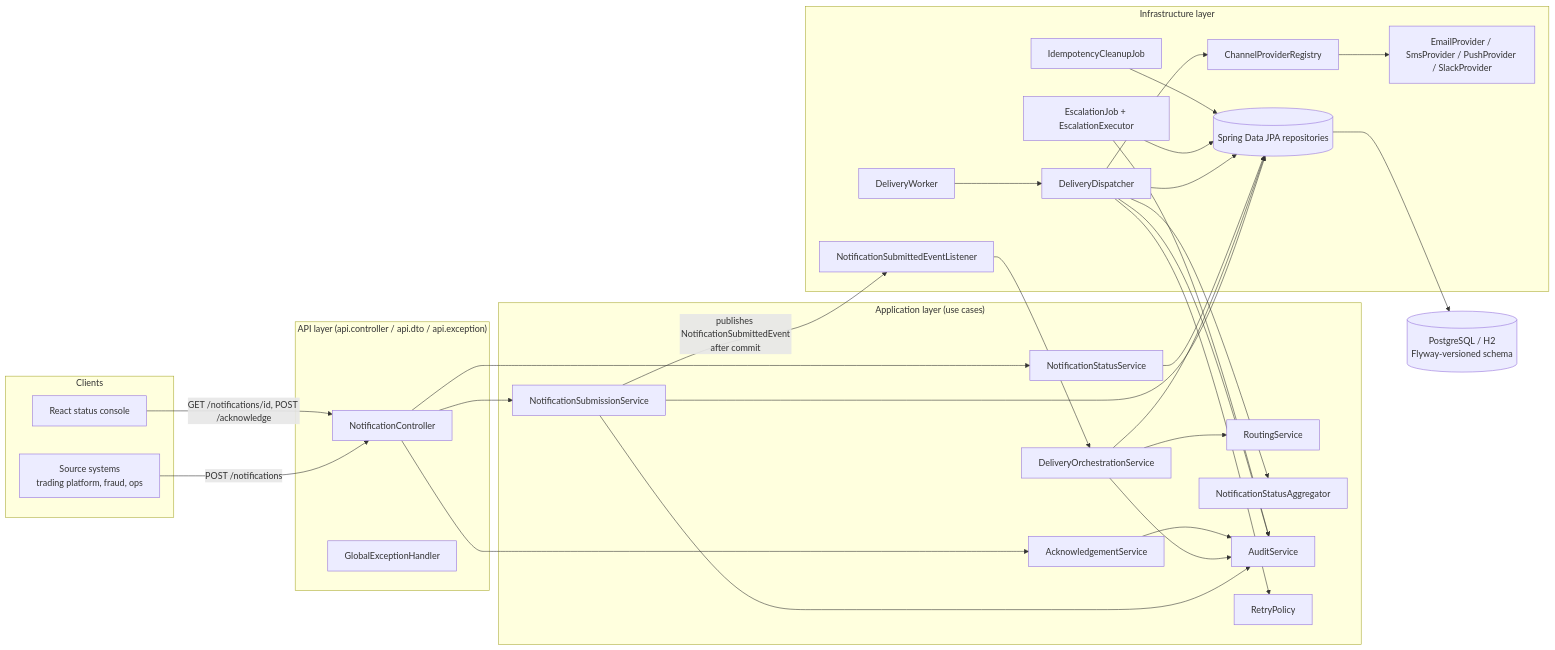
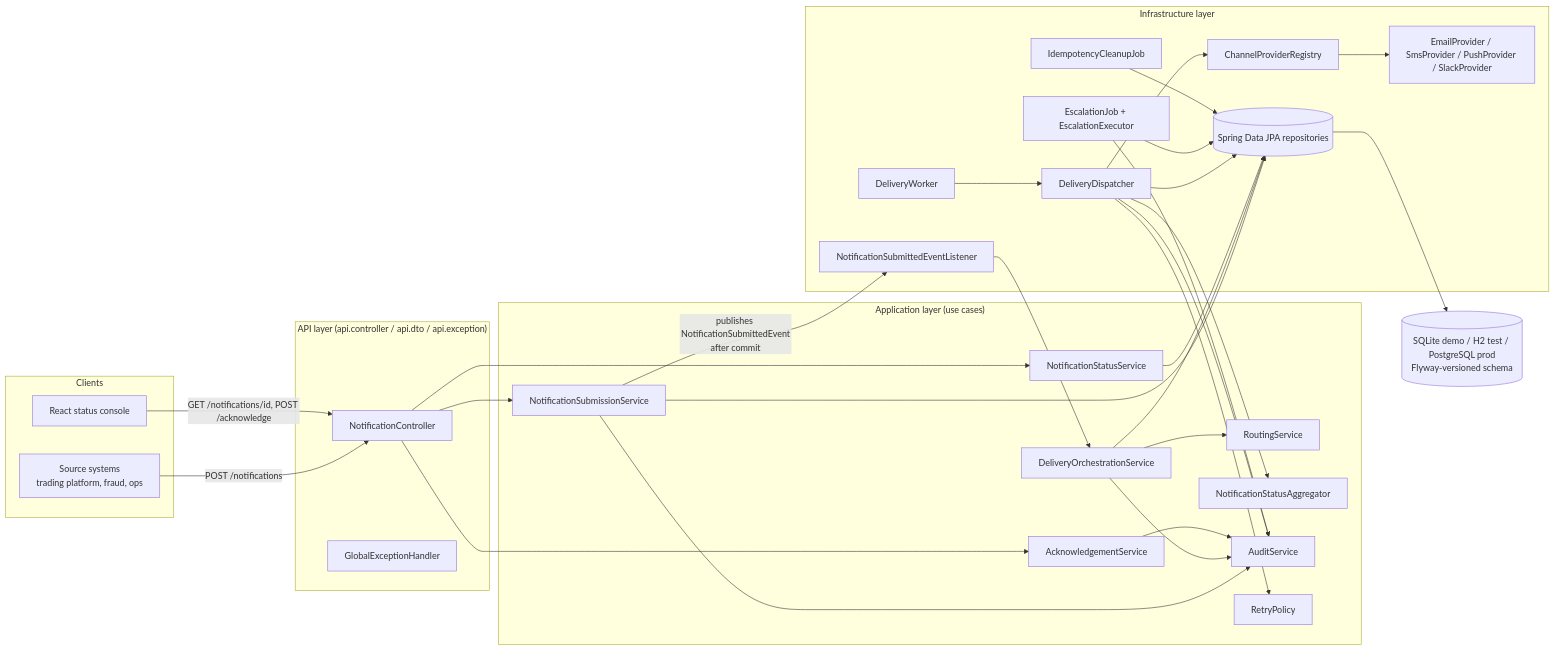
Before and after one commit to murugesapandian/Notification-Management-Service: the first of 4 diagrams in docs/architecture-overview.md, drawn with Mermaid. The commit also changed other lines of this file and 8 other files, not shown here.

````diff
--- a/docs/architecture-overview.md
+++ b/docs/architecture-overview.md
@@ -13,61 +13,61 @@
 ```mermaid
 flowchart LR
     subgraph Clients
         SRC[Source systems<br/>trading platform, fraud, ops]
         UI[React status console]
     end
 
     subgraph API["API layer (api.controller / api.dto / api.exception)"]
         NC[NotificationController]
         GEH[GlobalExceptionHandler]
     end
 
     subgraph APP["Application layer (use cases)"]
         SUB[NotificationSubmissionService]
         ROUTE[RoutingService]
         ORCH[DeliveryOrchestrationService]
         STATUS[NotificationStatusService]
         AGG[NotificationStatusAggregator]
         ACK[AcknowledgementService]
         AUDIT[AuditService]
         RETRY[RetryPolicy]
     end
 
     subgraph INFRA["Infrastructure layer"]
         LISTEN[NotificationSubmittedEventListener]
         WORKER[DeliveryWorker]
         DISPATCH[DeliveryDispatcher]
         REGISTRY[ChannelProviderRegistry]
         PROV[EmailProvider / SmsProvider / PushProvider / SlackProvider]
         ESCJOB[EscalationJob + EscalationExecutor]
         CLEAN[IdempotencyCleanupJob]
         REPOS[(Spring Data JPA repositories)]
     end
 
-    DB[(PostgreSQL / H2<br/>Flyway-versioned schema)]
+    DB[(SQLite demo / H2 test / PostgreSQL prod<br/>Flyway-versioned schema)]
 
     SRC -->|POST /notifications| NC
     UI -->|GET /notifications/id, POST /acknowledge| NC
     NC --> SUB
     NC --> STATUS
     NC --> ACK
     SUB --> AUDIT
     SUB -->|publishes NotificationSubmittedEvent<br/>after commit| LISTEN
     LISTEN --> ORCH
     ORCH --> ROUTE
     ORCH --> AUDIT
     WORKER --> DISPATCH
     DISPATCH --> REGISTRY --> PROV
     DISPATCH --> RETRY
     DISPATCH --> AGG
     DISPATCH --> AUDIT
     ESCJOB --> AUDIT
     ACK --> AUDIT
     SUB --> REPOS
     ORCH --> REPOS
     DISPATCH --> REPOS
     STATUS --> REPOS
     ESCJOB --> REPOS
     CLEAN --> REPOS
     REPOS --> DB
 ```
````
